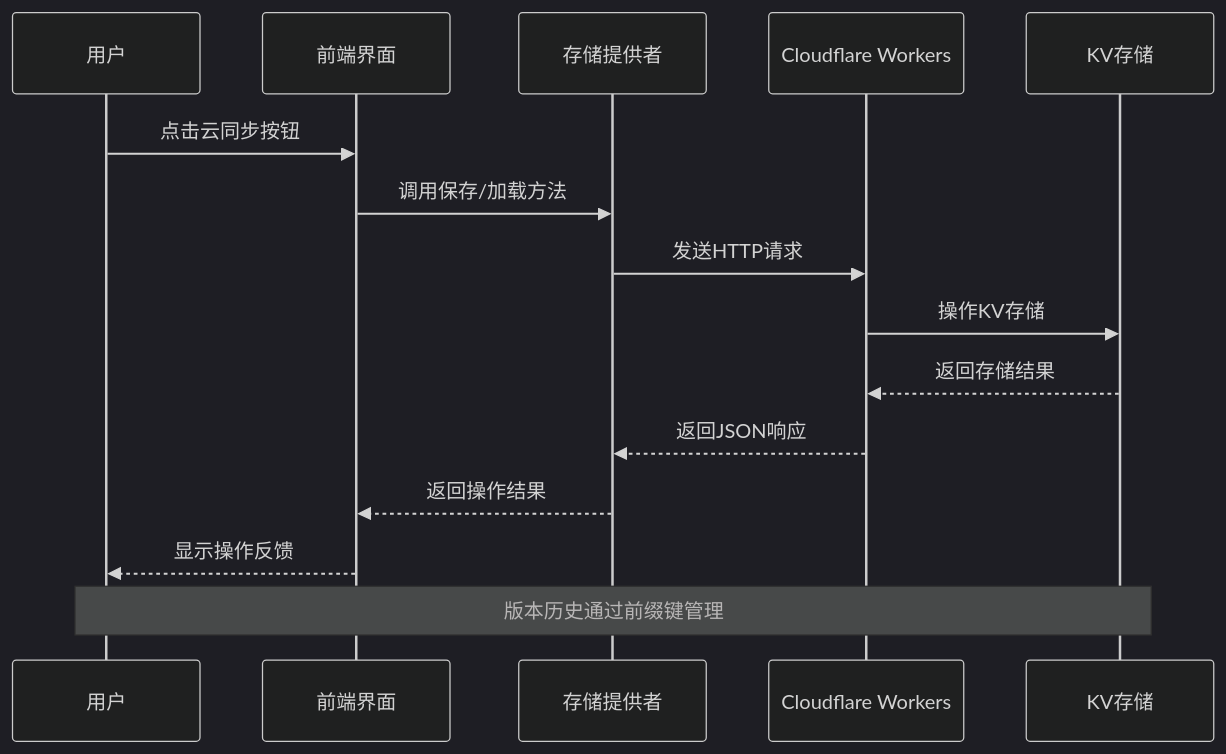
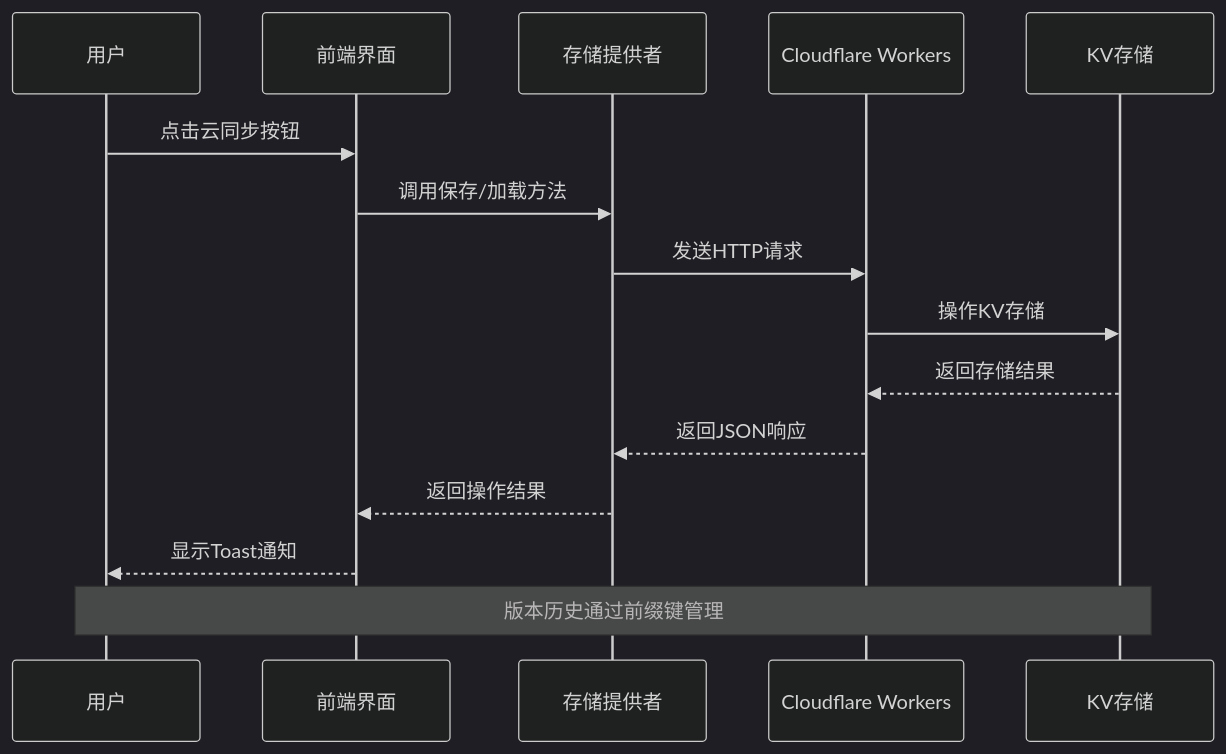
One commit to steveyu2/formula-mapper changed the second of 9 diagrams in .qoder/repowiki/zh/content/用户指南/数据管理/云同步集成.md. Above: the diagram before and after it, drawn with Mermaid (dark theme). The commit also changed other lines of this file and 7 other files, not shown here.

````diff
--- a/.qoder/repowiki/zh/content/用户指南/数据管理/云同步集成.md
+++ b/.qoder/repowiki/zh/content/用户指南/数据管理/云同步集成.md
@@ -98,17 +116,17 @@
 ```mermaid
 sequenceDiagram
 participant User as 用户
 participant UI as 前端界面
 participant Provider as 存储提供者
 participant Worker as Cloudflare Workers
 participant KV as KV存储
 User->>UI : 点击云同步按钮
 UI->>Provider : 调用保存/加载方法
 Provider->>Worker : 发送HTTP请求
 Worker->>KV : 操作KV存储
 KV-->>Worker : 返回存储结果
 Worker-->>Provider : 返回JSON响应
 Provider-->>UI : 返回操作结果
-UI-->>User : 显示操作反馈
+UI-->>User : 显示Toast通知
 Note over User,KV : 版本历史通过前缀键管理
 ```
````
